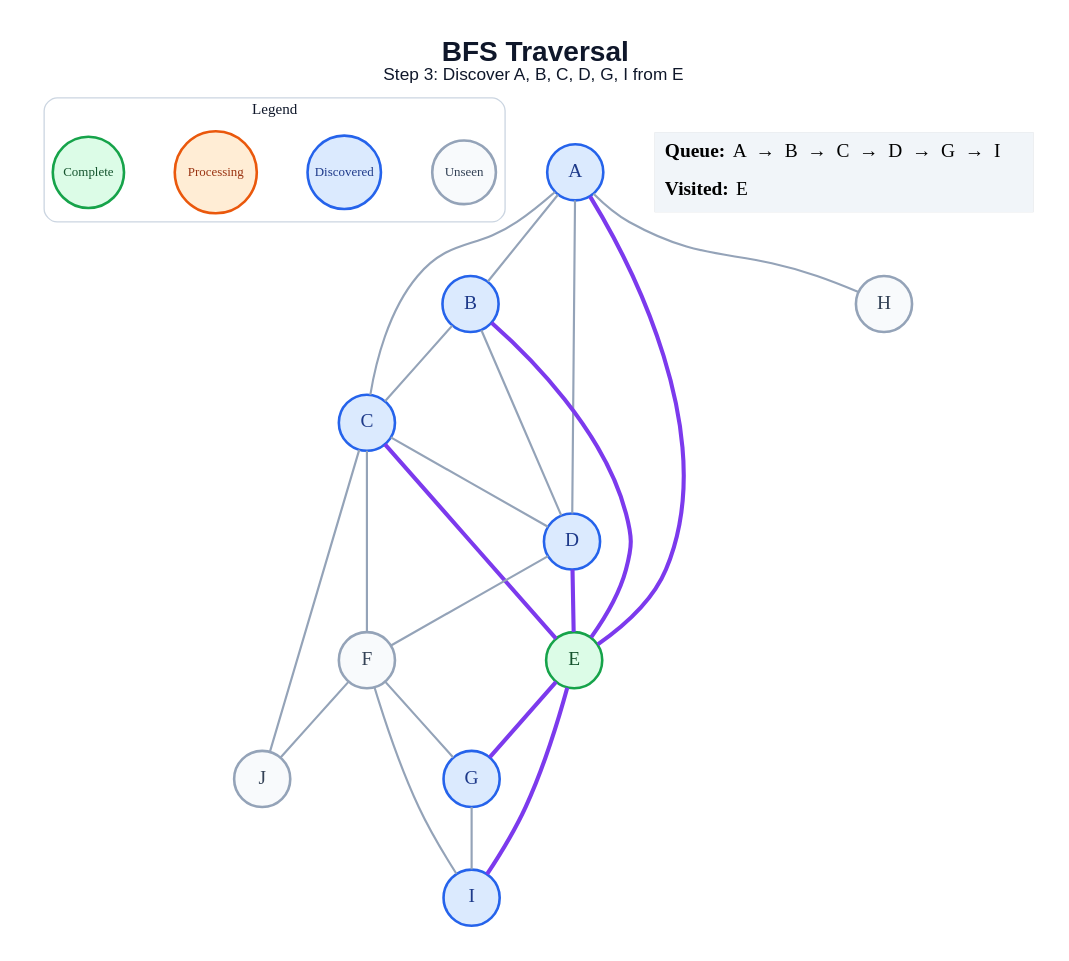
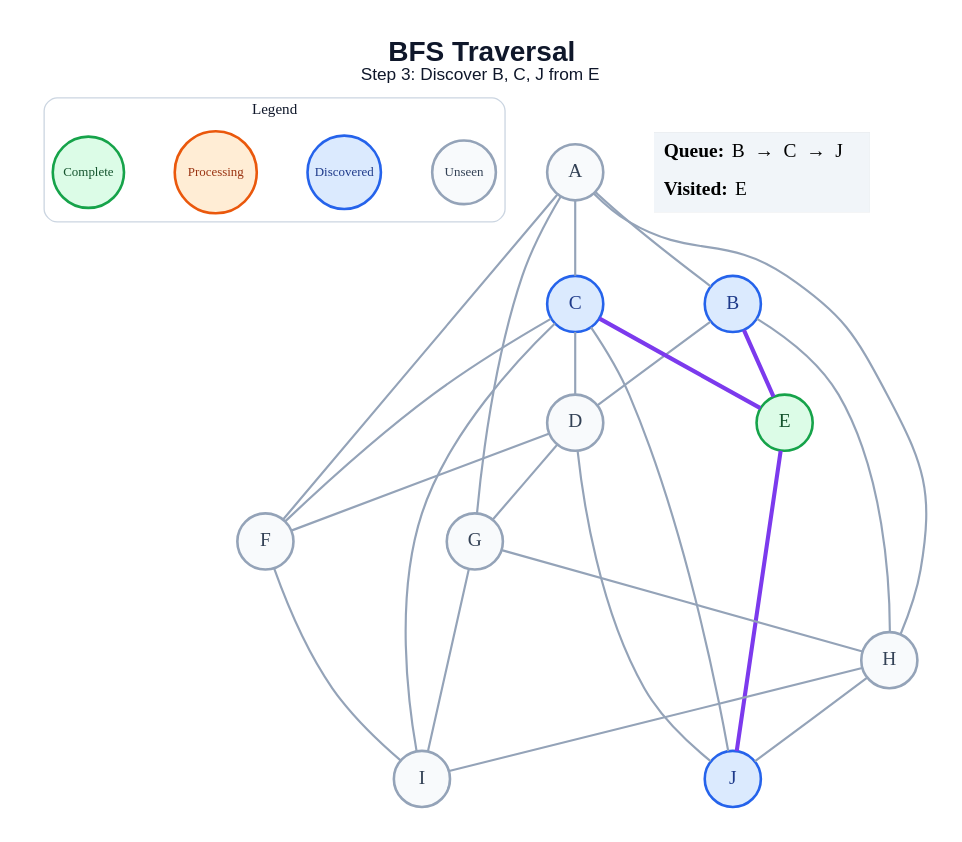
Before and after one commit to amanghodawala9/ai-slop: the diagram in generated/specific-node/bfs/step_03.dot, drawn with Graphviz. The commit also changed 178 other files, not shown here.

```diff
--- a/generated/specific-node/bfs/step_03.dot
+++ b/generated/specific-node/bfs/step_03.dot
@@ -1,49 +1,51 @@
 graph traversal {
   graph [layout=dot, rankdir=TB, bgcolor="#FFFFFF", pad="0.35", nodesep="0.65", ranksep="0.8", fontname="Arial"];
   node [shape=circle, style="filled", fontname="Arial Bold", fontsize=18, width=0.72, fixedsize=true, penwidth=2.4];
   edge [color="#94A3B8", penwidth=2.0];
-  label=<<B>BFS Traversal</B><BR/><FONT POINT-SIZE="16">Step 3: Discover A, B, C, D, G, I from E</FONT>>; labelloc="t"; fontsize=26; fontname="Arial"; fontcolor="#0F172A";
+  label=<<B>BFS Traversal</B><BR/><FONT POINT-SIZE="16">Step 3: Discover B, C, J from E</FONT>>; labelloc="t"; fontsize=26; fontname="Arial"; fontcolor="#0F172A";
   subgraph cluster_legend { label="Legend"; color="#CBD5E1"; penwidth=1.2; style="rounded"; fontsize=14; fontname="Arial Bold";
     key_unseen [label="Unseen", fillcolor="#F8FAFC", color="#94A3B8", fontcolor="#334155", fontsize=12, width=0.82];
     key_frontier [label="Discovered", fillcolor="#DBEAFE", color="#2563EB", fontcolor="#1E3A8A", fontsize=12, width=0.95];
     key_current [label="Processing", fillcolor="#FFEDD5", color="#EA580C", fontcolor="#9A3412", fontsize=12, width=1.05];
     key_done [label="Complete", fillcolor="#DCFCE7", color="#16A34A", fontcolor="#14532D", fontsize=12, width=0.92];
     { rank=same; key_unseen; key_frontier; key_current; key_done; }
   }
-  A [fillcolor="#DBEAFE", color="#2563EB", fontcolor="#1E3A8A"];
+  A [fillcolor="#F8FAFC", color="#94A3B8", fontcolor="#334155"];
   B [fillcolor="#DBEAFE", color="#2563EB", fontcolor="#1E3A8A"];
   C [fillcolor="#DBEAFE", color="#2563EB", fontcolor="#1E3A8A"];
-  D [fillcolor="#DBEAFE", color="#2563EB", fontcolor="#1E3A8A"];
+  D [fillcolor="#F8FAFC", color="#94A3B8", fontcolor="#334155"];
   E [fillcolor="#DCFCE7", color="#16A34A", fontcolor="#14532D"];
   F [fillcolor="#F8FAFC", color="#94A3B8", fontcolor="#334155"];
-  G [fillcolor="#DBEAFE", color="#2563EB", fontcolor="#1E3A8A"];
+  G [fillcolor="#F8FAFC", color="#94A3B8", fontcolor="#334155"];
   H [fillcolor="#F8FAFC", color="#94A3B8", fontcolor="#334155"];
-  I [fillcolor="#DBEAFE", color="#2563EB", fontcolor="#1E3A8A"];
-  J [fillcolor="#F8FAFC", color="#94A3B8", fontcolor="#334155"];
+  I [fillcolor="#F8FAFC", color="#94A3B8", fontcolor="#334155"];
+  J [fillcolor="#DBEAFE", color="#2563EB", fontcolor="#1E3A8A"];
   A -- B;
   A -- C;
-  A -- D;
-  A -- E [color="#7C3AED", penwidth=3.8];
+  A -- F;
+  A -- G;
   A -- H;
-  B -- C;
   B -- D;
   B -- E [color="#7C3AED", penwidth=3.8];
+  B -- H;
   C -- D;
   C -- E [color="#7C3AED", penwidth=3.8];
   C -- F;
+  C -- I;
   C -- J;
-  D -- E [color="#7C3AED", penwidth=3.8];
   D -- F;
-  E -- G [color="#7C3AED", penwidth=3.8];
-  E -- I [color="#7C3AED", penwidth=3.8];
-  F -- G;
+  D -- G;
+  D -- J;
+  E -- J [color="#7C3AED", penwidth=3.8];
   F -- I;
-  F -- J;
+  G -- H;
   G -- I;
+  H -- I;
+  H -- J;
   status [shape=plain, fixedsize=false, width=0, height=0, margin=0, label=<
     <TABLE BORDER="0" CELLBORDER="0" CELLPADDING="7" BGCOLOR="#F1F5F9">
-      <TR><TD ALIGN="LEFT"><B>Queue:</B> A  →  B  →  C  →  D  →  G  →  I</TD></TR>
+      <TR><TD ALIGN="LEFT"><B>Queue:</B> B  →  C  →  J</TD></TR>
       <TR><TD ALIGN="LEFT"><B>Visited:</B> E</TD></TR>
     </TABLE>
   >];
 }
```
